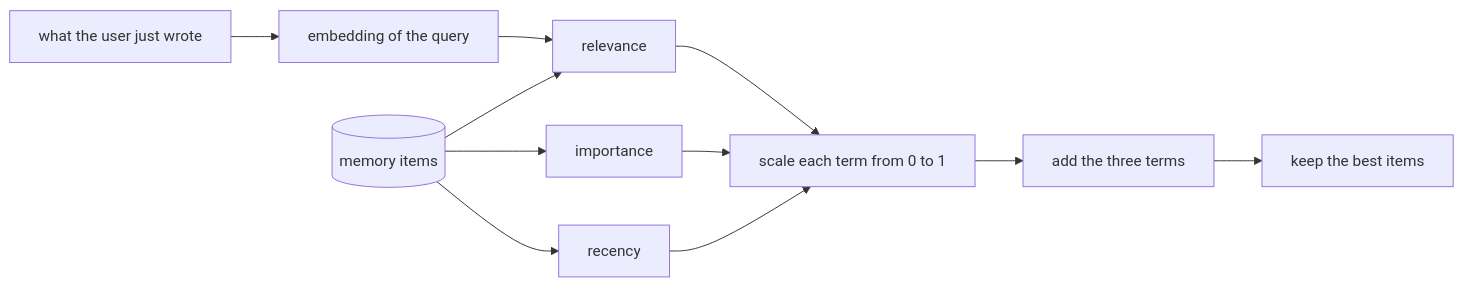
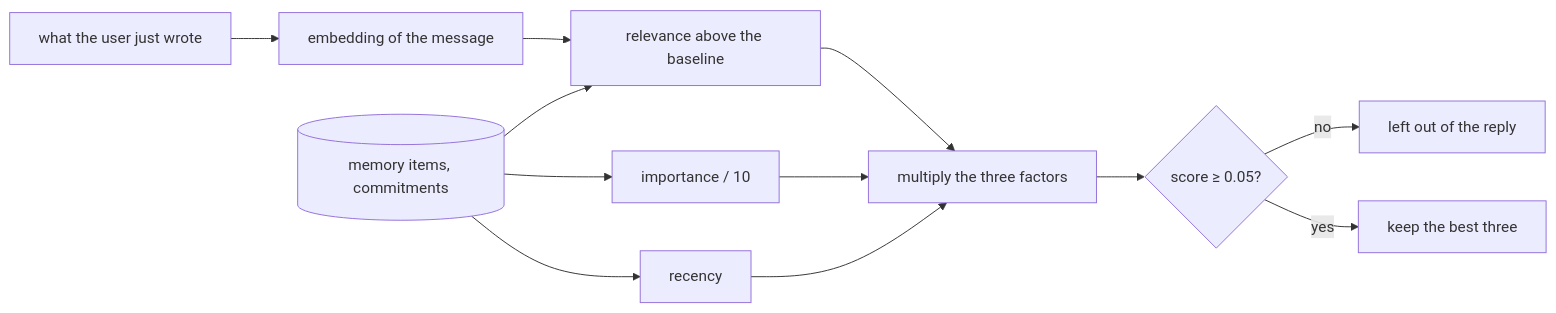
Before and after one commit to NguyenVu04/cognia: diagram 15 of 46 in docs/architecture/ARCHITECTURE.md, drawn with Mermaid. The commit also changed other lines of this file and 79 other files, not shown here.

Commit message:
Refine architecture decision records: update schema details in ADR 0003 and enhance embedding retrieval logic in ADR 0007

````diff
--- a/docs/architecture/ARCHITECTURE.md
+++ b/docs/architecture/ARCHITECTURE.md
@@ -1116,13 +1161,14 @@
 ```mermaid
 flowchart LR
-    q["what the user just wrote"] --> e["embedding of the query"]
-    e --> rel["relevance"]
-    items[("memory items")] --> rec["recency"]
-    items --> imp["importance"]
+    q["what the user just wrote"] --> e["embedding of the message"]
+    e --> rel["relevance above the baseline"]
+    items[("memory items, commitments")] --> rec["recency"]
+    items --> imp["importance / 10"]
     items --> rel
-    rec --> norm["scale each term from 0 to 1"]
-    imp --> norm
-    rel --> norm
-    norm --> sum["add the three terms"]
-    sum --> top["keep the best items"]
+    rec --> mul["multiply the three factors"]
+    imp --> mul
+    rel --> mul
+    mul --> floor{"score ≥ 0.05?"}
+    floor -- "yes" --> top["keep the best three"]
+    floor -- "no" --> out["left out of the reply"]
 ```
````
